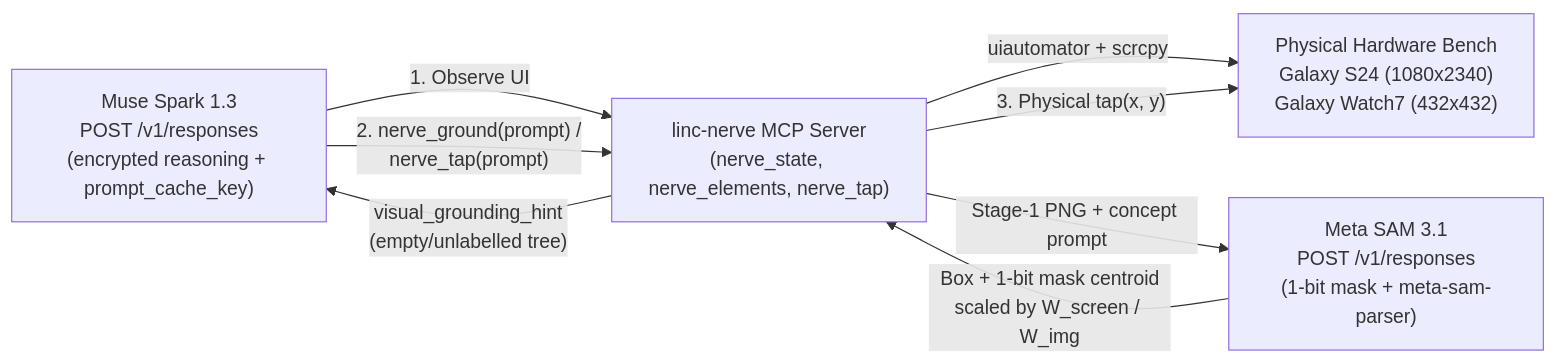
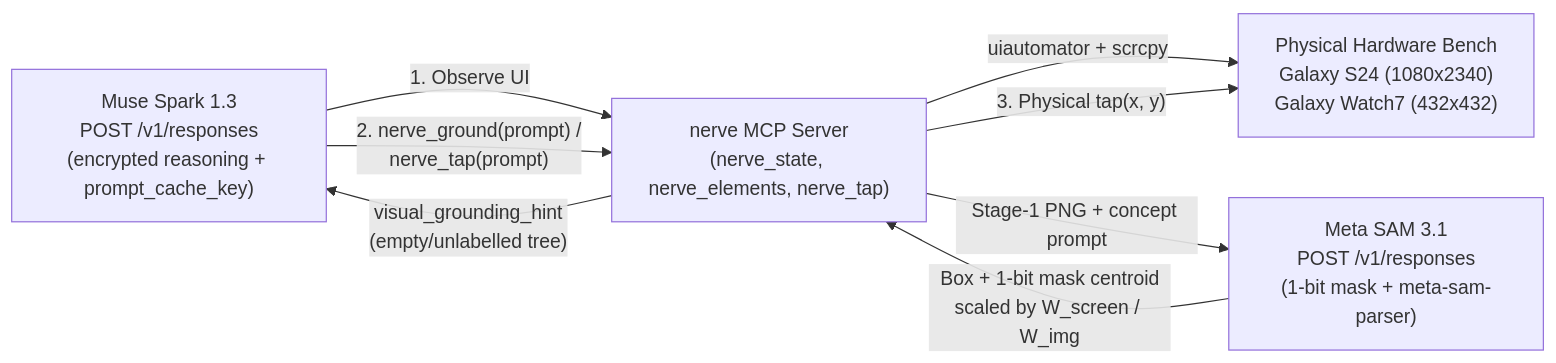
Before and after one commit to LincForge/nerve-muse-sam: the diagram in README.md, drawn with Mermaid. The commit also changed other lines of this file and 7 other files, not shown here.

````diff
--- a/README.md
+++ b/README.md
@@ -30,15 +30,15 @@
 ```mermaid
 flowchart LR
     MS["Muse Spark 1.3<br/>POST /v1/responses<br/>(encrypted reasoning + prompt_cache_key)"]
-    MCP["linc-nerve MCP Server<br/>(nerve_state, nerve_elements, nerve_tap)"]
+    MCP["nerve MCP Server<br/>(nerve_state, nerve_elements, nerve_tap)"]
     SAM["Meta SAM 3.1<br/>POST /v1/responses<br/>(1-bit mask + meta-sam-parser)"]
     DEV["Physical Hardware Bench<br/>Galaxy S24 (1080x2340)<br/>Galaxy Watch7 (432x432)"]
 
     MS -->|"1. Observe UI"| MCP
     MCP -->|"uiautomator + scrcpy"| DEV
     MCP -->|"visual_grounding_hint<br/>(empty/unlabelled tree)"| MS
     MS -->|"2. nerve_ground(prompt) /<br/>nerve_tap(prompt)"| MCP
     MCP -->|"Stage-1 PNG + concept prompt"| SAM
     SAM -->|"Box + 1-bit mask centroid<br/>scaled by W_screen / W_img"| MCP
     MCP -->|"3. Physical tap(x, y)"| DEV
 ```
````
